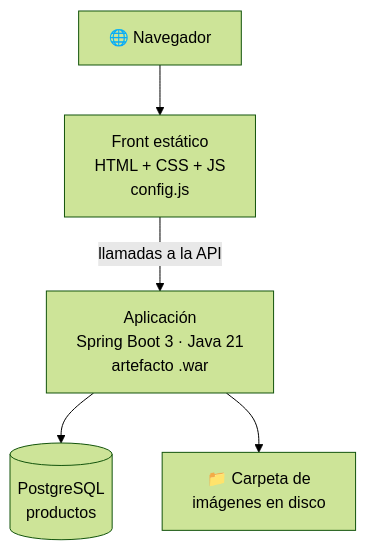
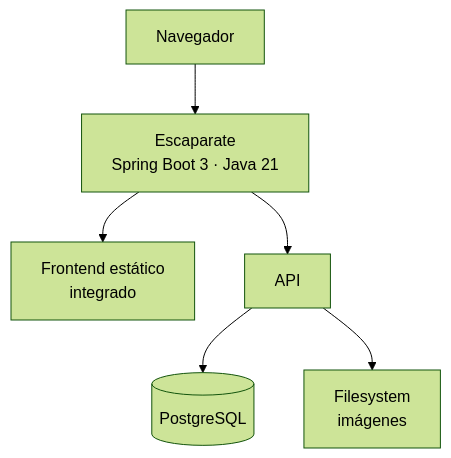
The seventh of 8 diagrams in docs/tema1/arquitecturas-despliegue.md (alejandroroig/despliegue-daw), drawn with Mermaid (forest theme) before and after one commit. The commit also changed other lines of this file and 9 other files, not shown here.

````diff
--- a/docs/tema1/arquitecturas-despliegue.md
+++ b/docs/tema1/arquitecturas-despliegue.md
@@ -169,7 +293,8 @@
 ```mermaid
 flowchart TB
-    N["🌐 Navegador"] --> F["Front estático<br/>HTML + CSS + JS<br/>config.js"]
-    F -- "llamadas a la API" --> A["Aplicación<br/>Spring Boot 3 · Java 21<br/>artefacto .war"]
-    A --> D[("PostgreSQL<br/>productos")]
-    A --> I["📁 Carpeta de<br/>imágenes en disco"]
+    N["Navegador"] --> A["Escaparate<br/>Spring Boot 3 · Java 21"]
+    A --> F["Frontend estático<br/>integrado"]
+    A --> API["API"]
+    API --> D[("PostgreSQL")]
+    API --> I["Filesystem<br/>imágenes"]
 ```
````
